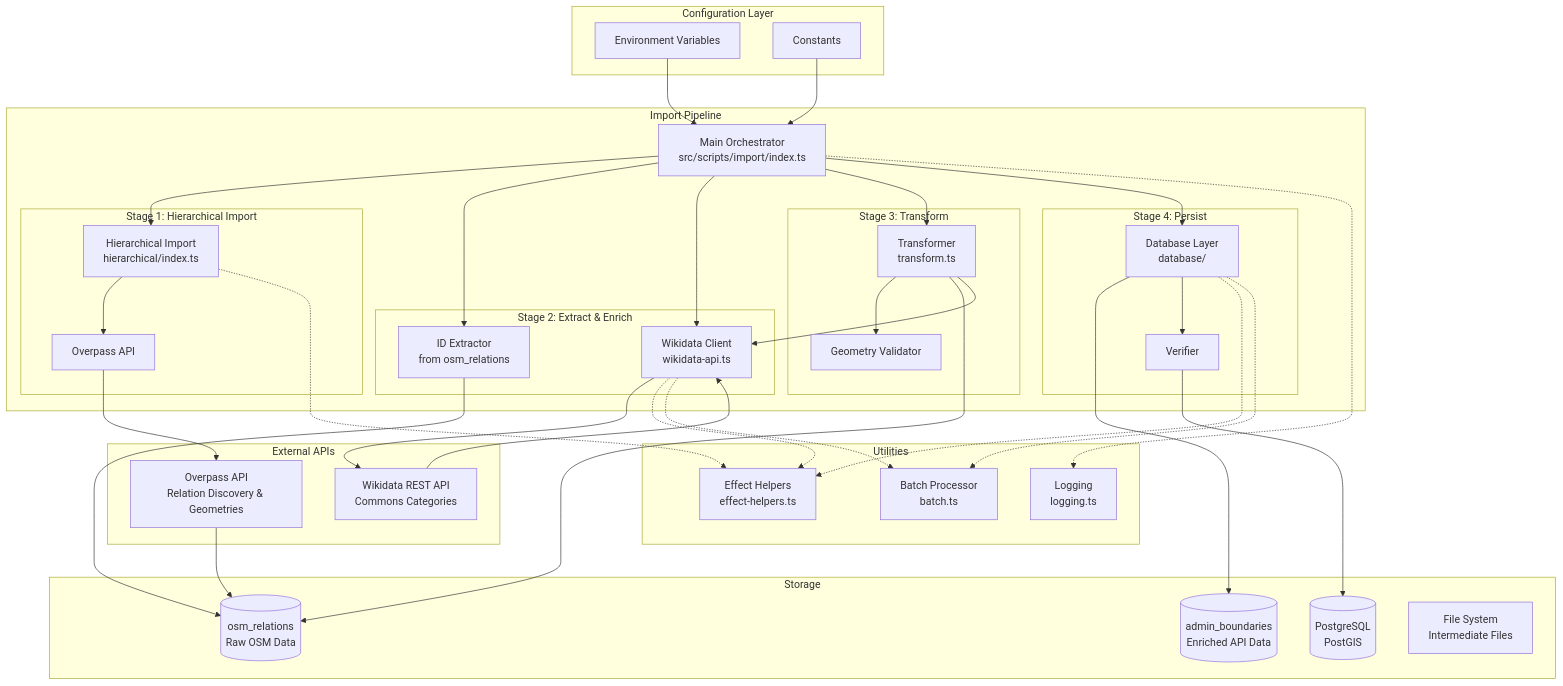
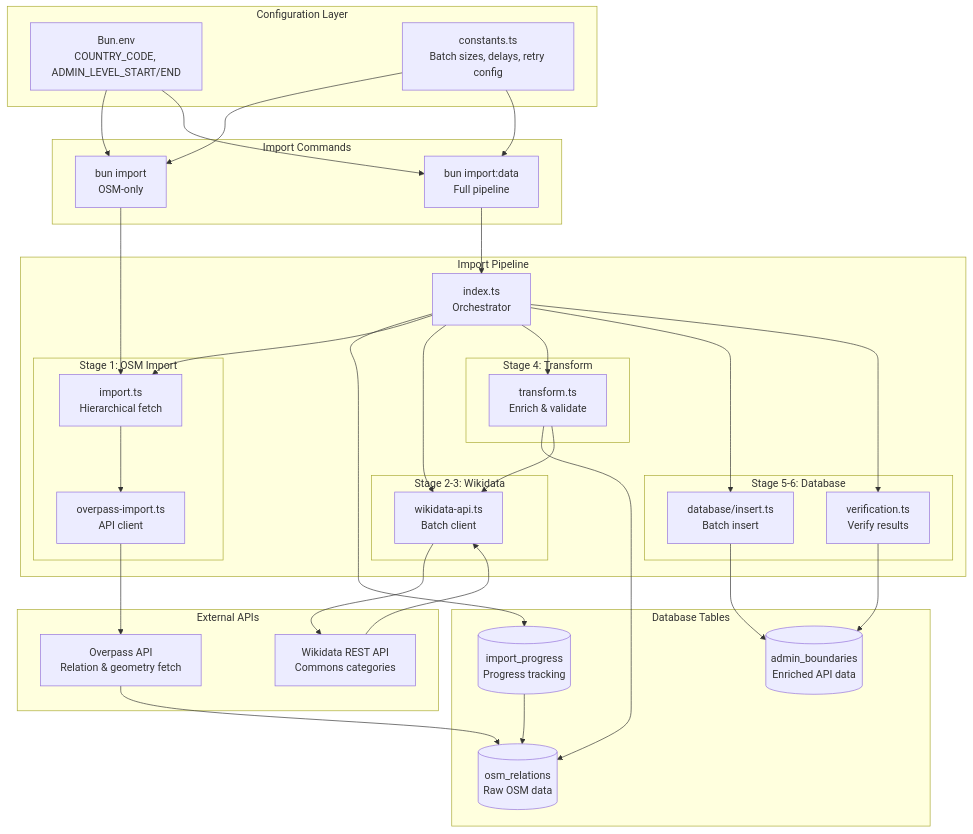
The first of 6 diagrams in docs/import/architecture.md (DaxServer/geocode-commons-categories), drawn with Mermaid before and after one commit. The commit also changed other lines of this file and 11 other files, not shown here.

````diff
--- a/docs/import/architecture.md
+++ b/docs/import/architecture.md
@@ -7,83 +7,74 @@
 ```mermaid
 graph TB
     subgraph "Configuration Layer"
-        ENV[Environment Variables]
-        CONSTANTS[Constants]
+        ENV[Bun.env<br/>COUNTRY_CODE, ADMIN_LEVEL_START/END]
+        CONSTANTS[constants.ts<br/>Batch sizes, delays, retry config]
+    end
+
+    subgraph "Import Commands"
+        CMD1[bun import<br/>OSM-only]
+        CMD2[bun import:data<br/>Full pipeline]
     end
 
     subgraph "Import Pipeline"
-        ORCHESTRATOR[Main Orchestrator<br/>src/scripts/import/index.ts]
+        ORCH[index.ts<br/>Orchestrator]
 
-        subgraph "Stage 1: Hierarchical Import"
-            HIER[Hierarchical Import<br/>hierarchical/index.ts]
-            OVERPASS[Overpass API]
+        subgraph "Stage 1: OSM Import"
+            IMPORT[import.ts<br/>Hierarchical fetch]
+            OVERPASS[overpass-import.ts<br/>API client]
         end
 
-        subgraph "Stage 2: Extract & Enrich"
-            EXTRACT[ID Extractor<br/>from osm_relations]
-            WIKIDATA[Wikidata Client<br/>wikidata-api.ts]
+        subgraph "Stage 2-3: Wikidata"
+            WD_FETCH[wikidata-api.ts<br/>Batch client]
         end
 
-        subgraph "Stage 3: Transform"
-            TRANSFORM[Transformer<br/>transform.ts]
-            VALIDATE[Geometry Validator]
+        subgraph "Stage 4: Transform"
+            TRANSFORM[transform.ts<br/>Enrich & validate]
         end
 
-        subgraph "Stage 4: Persist"
-            DATABASE[Database Layer<br/>database/]
-            VERIFY[Verifier]
+        subgraph "Stage 5-6: Database"
+            DB_INSERT[database/insert.ts<br/>Batch insert]
+            VERIFY[verification.ts<br/>Verify results]
         end
     end
 
     subgraph "External APIs"
-        OVERPASS_API[Overpass API<br/>Relation Discovery & Geometries]
-        WD_API[Wikidata REST API<br/>Commons Categories]
+        OVERPASS_API[Overpass API<br/>Relation & geometry fetch]
+        WD_API[Wikidata REST API<br/>Commons categories]
     end
 
-    subgraph "Storage"
-        POSTGRES[(PostgreSQL<br/>PostGIS)]
-        OSM_REL[(osm_relations<br/>Raw OSM Data)]
-        ADMIN_BND[(admin_boundaries<br/>Enriched API Data)]
-        FILES[File System<br/>Intermediate Files]
+    subgraph "Database Tables"
+        OSM_REL[(osm_relations<br/>Raw OSM data)]
+        ADMIN_BND[(admin_boundaries<br/>Enriched API data)]
+        PROGRESS[(import_progress<br/>Progress tracking)]
     end
 
-    subgraph "Utilities"
-        EFFECT[Effect Helpers<br/>effect-helpers.ts]
-        BATCH[Batch Processor<br/>batch.ts]
-        LOGGING[Logging<br/>logging.ts]
-    end
+    ORCH --> PROGRESS
+    PROGRESS --> OSM_REL
 
-    ENV --> ORCHESTRATOR
-    CONSTANTS --> ORCHESTRATOR
+    ENV --> CMD1
+    ENV --> CMD2
+    CONSTANTS --> CMD1
+    CONSTANTS --> CMD2
 
-    ORCHESTRATOR --> HIER
-    HIER --> OVERPASS
+    CMD1 --> IMPORT
+    CMD2 --> ORCH
+
+    ORCH --> IMPORT
+    IMPORT --> OVERPASS
     OVERPASS --> OVERPASS_API
     OVERPASS_API --> OSM_REL
 
-    ORCHESTRATOR --> EXTRACT
-    EXTRACT --> OSM_REL
+    ORCH --> WD_FETCH
+    WD_FETCH --> WD_API
+    WD_API --> WD_FETCH
 
-    ORCHESTRATOR --> WIKIDATA
-    WIKIDATA --> WD_API
-    WD_API --> WIKIDATA
+    ORCH --> TRANSFORM
+    TRANSFORM --> OSM_REL
+    TRANSFORM --> WD_FETCH
 
-    ORCHESTRATOR --> TRANSFORM
-    TRANSFORM --> VALIDATE
-    TRANSFORM --> OSM_REL
-    TRANSFORM --> WIKIDATA
-
-    ORCHESTRATOR --> DATABASE
-    DATABASE --> ADMIN_BND
-    DATABASE --> VERIFY
-    VERIFY --> POSTGRES
-
-    HIER -.-> EFFECT
-    WIKIDATA -.-> EFFECT
-    DATABASE -.-> EFFECT
-
-    WIKIDATA -.-> BATCH
-    DATABASE -.-> BATCH
-
-    ORCHESTRATOR -.-> LOGGING
+    ORCH --> DB_INSERT
+    DB_INSERT --> ADMIN_BND
+    ORCH --> VERIFY
+    VERIFY --> ADMIN_BND
 ```
````
